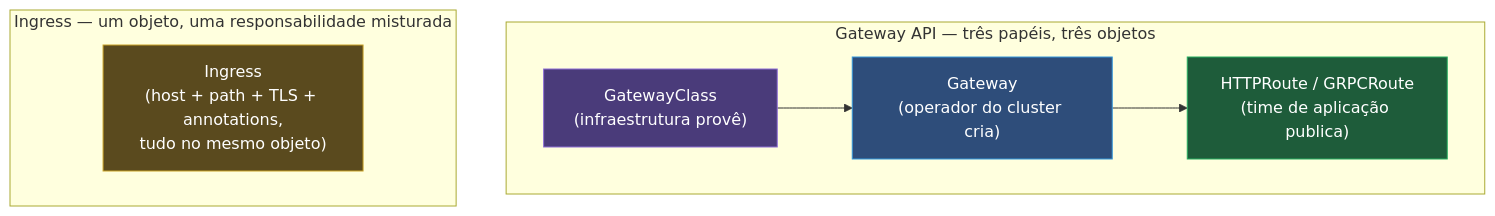
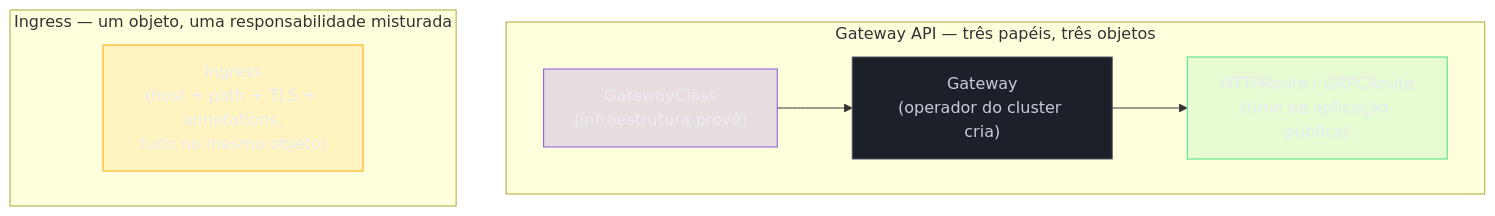
Before and after one commit to josenaldo/codex-technomanticus: the second of 3 diagrams in 03-Dominios/Tecnologia/Infraestrutura/Kubernetes/15 - Ingress e a borda do cluster.md, drawn with Mermaid. The commit also changed other lines of this file and 1181 other files, not shown here.

First line of the commit message:
fix(diagramas): paleta do sistema no lugar de cor cravada no markdown

````diff
--- a/03-Dominios/Tecnologia/Infraestrutura/Kubernetes/15 - Ingress e a borda do cluster.md
+++ b/03-Dominios/Tecnologia/Infraestrutura/Kubernetes/15 - Ingress e a borda do cluster.md
@@ -314,18 +317,22 @@
 ```mermaid
 graph TB
+    classDef marca fill:#8855DF33,stroke:#8855DF,color:#E9ECF2
+    classDef neutro fill:#1B2029,stroke:#4E5666,color:#C6CCD8
+    classDef ok fill:#4ADE8021,stroke:#4ADE80,color:#E9ECF2
+    classDef destaque fill:#FFAA0024,stroke:#FFAA00,color:#E9ECF2
     subgraph GW["Gateway API — três papéis, três objetos"]
         GC["GatewayClass<br/>(infraestrutura provê)"]
         GT["Gateway<br/>(operador do cluster cria)"]
         HR["HTTPRoute / GRPCRoute<br/>(time de aplicação publica)"]
         GC --> GT --> HR
     end
 
     subgraph ING["Ingress — um objeto, uma responsabilidade misturada"]
         I["Ingress<br/>(host + path + TLS + annotations,<br/>tudo no mesmo objeto)"]
     end
 
-    style GC fill:#4a3b7a,stroke:#8e6fd6,color:#fff
-    style GT fill:#2e4d7a,stroke:#3498db,color:#fff
-    style HR fill:#1e5c3a,stroke:#27ae60,color:#fff
-    style I fill:#5a4a1e,stroke:#c9a227,color:#fff
+    class GC marca
+    class GT neutro
+    class HR ok
+    class I destaque
 ```
````
